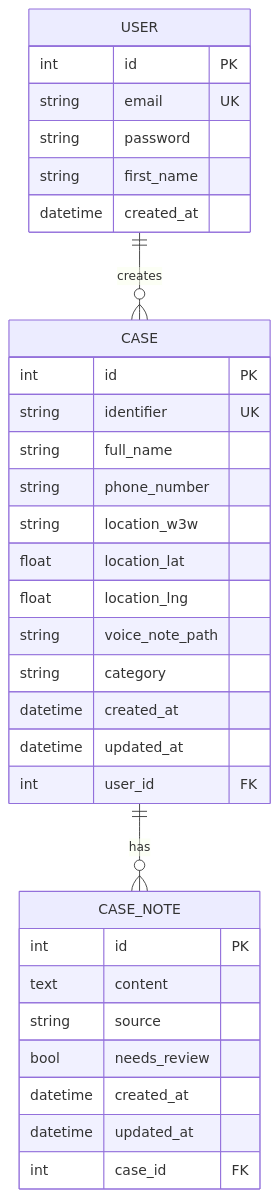
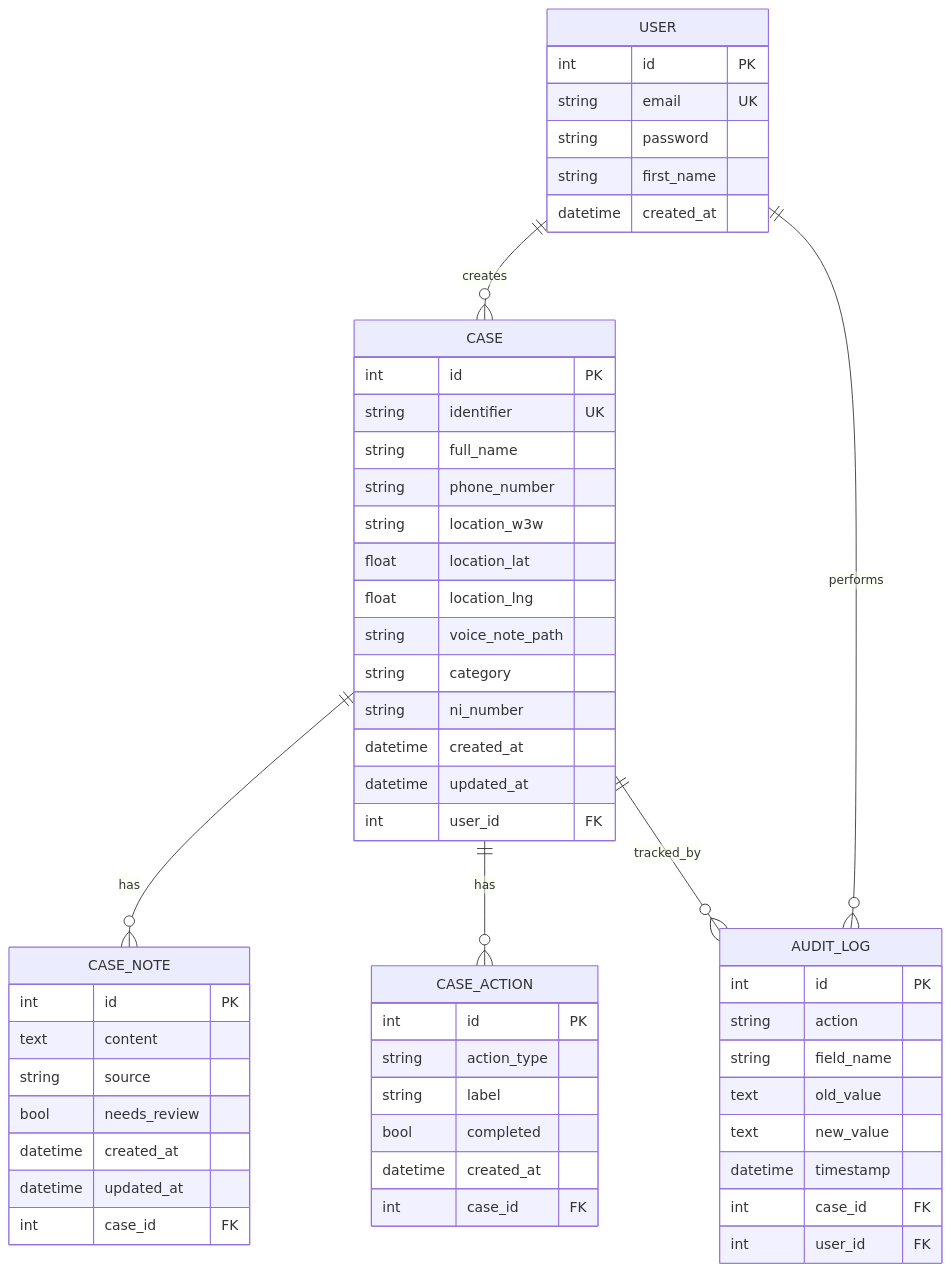
Before and after one commit to enkaypeter/quick-capture: the third of 6 diagrams in docs/architecture.md, drawn with Mermaid. The commit also changed other lines of this file and 6 other files, not shown here.

Commit message:
chore: include architectural docs

````diff
--- a/docs/architecture.md
+++ b/docs/architecture.md
@@ -105,38 +126,62 @@
 ```mermaid
 erDiagram
     USER ||--o{ CASE : creates
+    USER ||--o{ AUDIT_LOG : performs
     CASE ||--o{ CASE_NOTE : has
+    CASE ||--o{ CASE_ACTION : has
+    CASE ||--o{ AUDIT_LOG : tracked_by
 
     USER {
         int id PK
         string email UK
         string password
         string first_name
         datetime created_at
     }
 
     CASE {
         int id PK
         string identifier UK
         string full_name
         string phone_number
         string location_w3w
         float location_lat
         float location_lng
         string voice_note_path
         string category
+        string ni_number
         datetime created_at
         datetime updated_at
         int user_id FK
     }
 
     CASE_NOTE {
         int id PK
         text content
         string source
         bool needs_review
         datetime created_at
         datetime updated_at
         int case_id FK
     }
+
+    CASE_ACTION {
+        int id PK
+        string action_type
+        string label
+        bool completed
+        datetime created_at
+        int case_id FK
+    }
+
+    AUDIT_LOG {
+        int id PK
+        string action
+        string field_name
+        text old_value
+        text new_value
+        datetime timestamp
+        int case_id FK
+        int user_id FK
+    }
 ```
````
